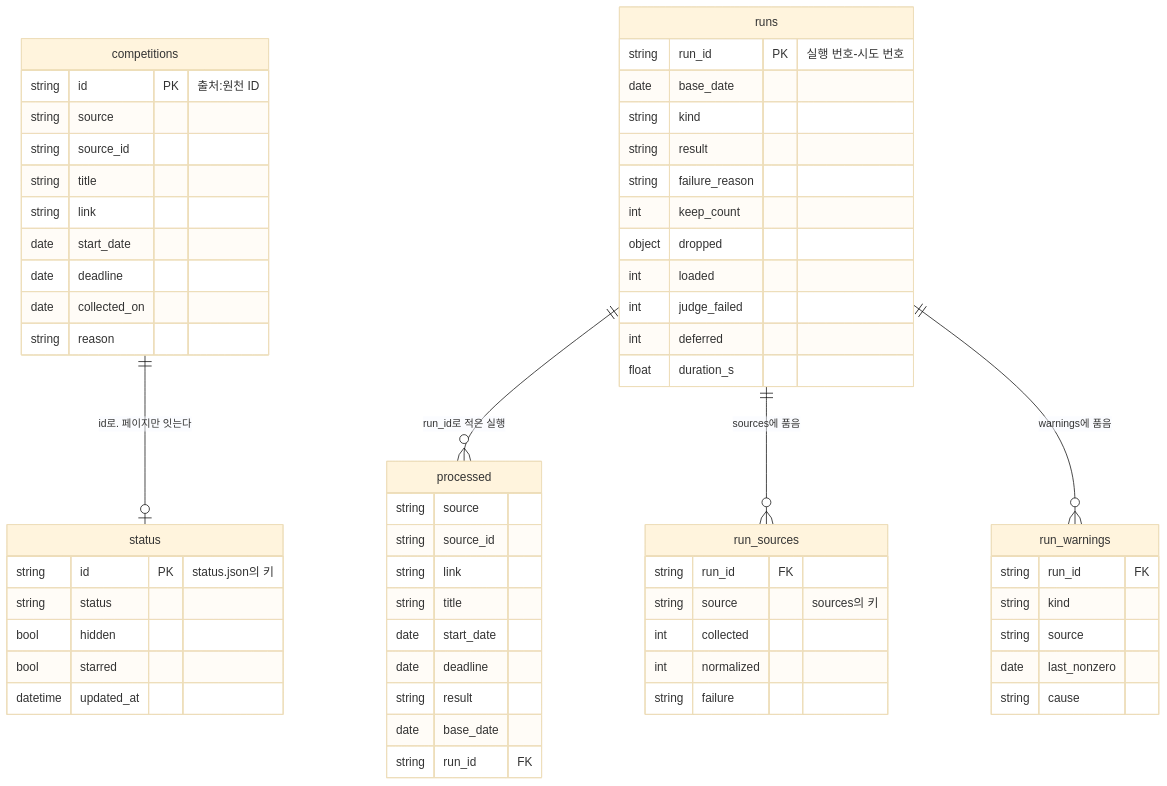
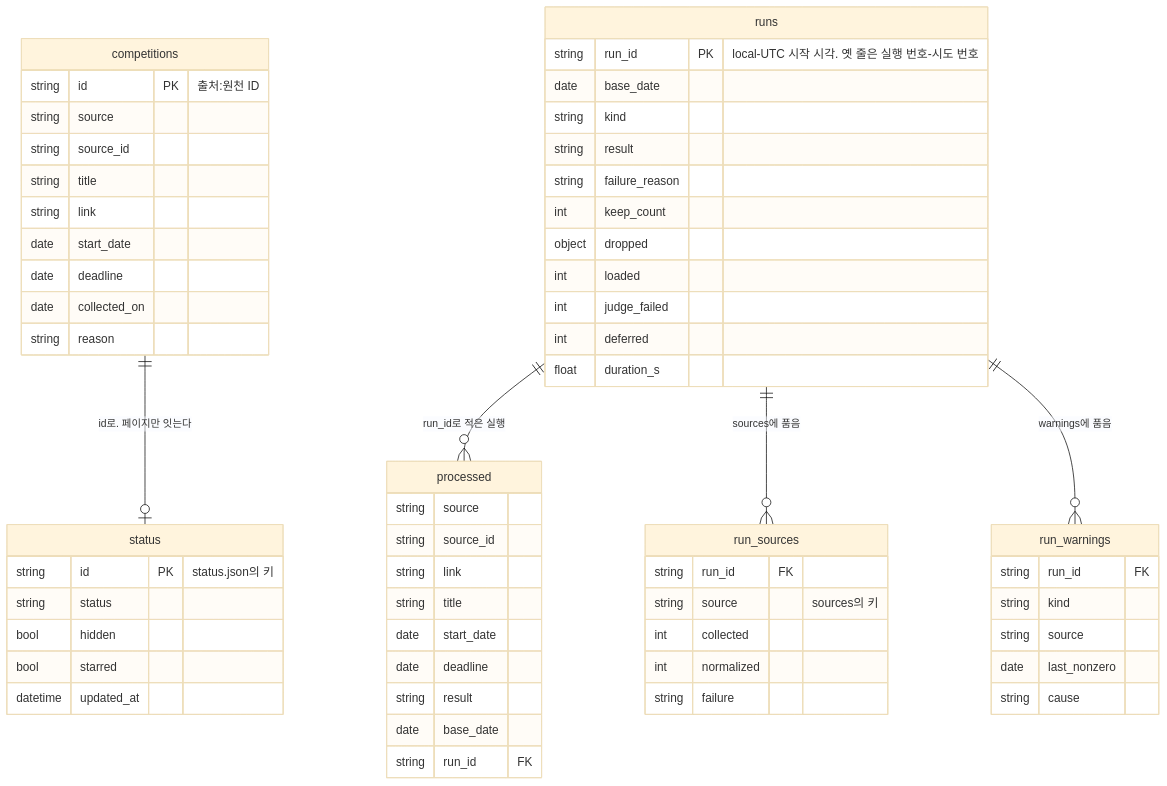
Before and after one commit to HoyoungParkme/competition-crawler: the diagram in docs/specs/06-DOM/CCR-DOM-003.md, drawn with Mermaid (base theme). The commit also changed other lines of this file, not shown here.

First line of the commit message:
spec(CCR-DOM-003): runs.run_id는 local- 꼴, runs.kind는 RUN_KIND, 저장소는 비공개

````diff
--- a/docs/specs/06-DOM/CCR-DOM-003.md
+++ b/docs/specs/06-DOM/CCR-DOM-003.md
@@ -32,63 +32,63 @@
 ```mermaid
 erDiagram
     competitions ||--o| status : "id로. 페이지만 잇는다"
     runs ||--o{ processed : "run_id로 적은 실행"
     runs ||--o{ run_sources : "sources에 품음"
     runs ||--o{ run_warnings : "warnings에 품음"
     competitions {
         string id PK "출처:원천 ID"
         string source
         string source_id
         string title
         string link
         date start_date
         date deadline
         date collected_on
         string reason
     }
     status {
         string id PK "status.json의 키"
         string status
         bool hidden
         bool starred
         datetime updated_at
     }
     runs {
-        string run_id PK "실행 번호-시도 번호"
+        string run_id PK "local-UTC 시작 시각. 옛 줄은 실행 번호-시도 번호"
         date base_date
         string kind
         string result
         string failure_reason
         int keep_count
         object dropped
         int loaded
         int judge_failed
         int deferred
         float duration_s
     }
     processed {
         string source
         string source_id
         string link
         string title
         date start_date
         date deadline
         string result
         date base_date
         string run_id FK
     }
     run_sources {
         string run_id FK
         string source "sources의 키"
         int collected
         int normalized
         string failure
     }
     run_warnings {
         string run_id FK
         string kind
         string source
         date last_nonzero
         string cause
     }
 ```
````
